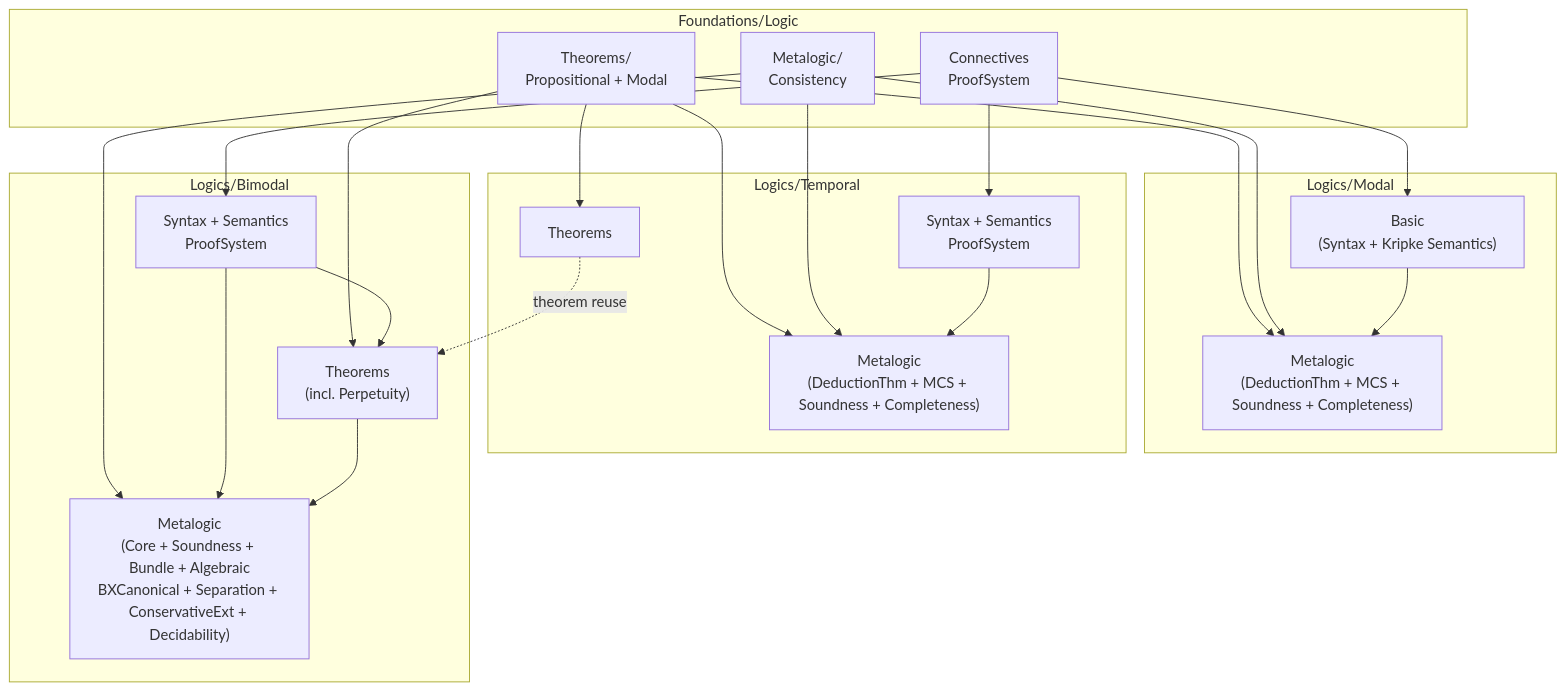
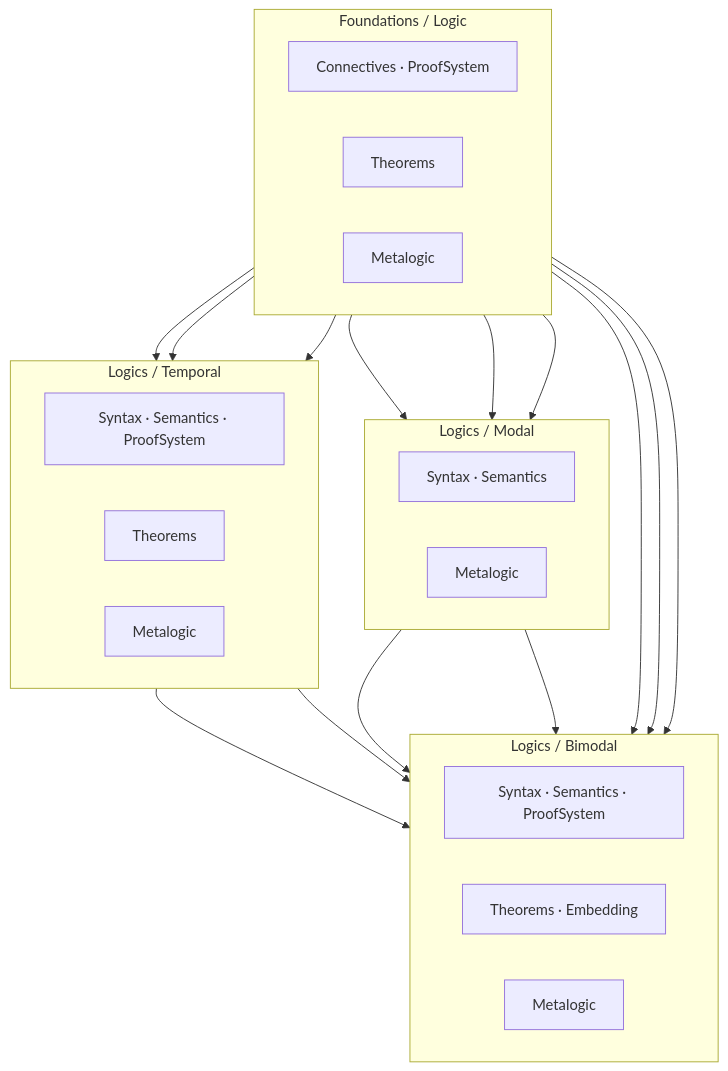
The diagram in specs/ROADMAP.md (benbrastmckie/cslib), drawn with Mermaid before and after one commit. The commit also changed other lines of this file and 1 other file, not shown here.

````diff
--- a/specs/ROADMAP.md
+++ b/specs/ROADMAP.md
@@ -21,42 +25,38 @@
 ```mermaid
-flowchart TD
-    subgraph F ["Foundations/Logic"]
-        FC["Connectives\nProofSystem"]
-        FT["Theorems/\nPropositional + Modal"]
-        FM["Metalogic/\nConsistency"]
+flowchart TB
+    subgraph F ["Foundations / Logic"]
+        direction LR
+        F1["Connectives · ProofSystem"]
+        F2["Theorems"]
+        F3["Metalogic"]
     end
 
-    subgraph M ["Logics/Modal"]
-        MB["Basic\n(Syntax + Kripke Semantics)"]
-        MM["Metalogic\n(DeductionThm + MCS + Soundness + Completeness)"]
+    subgraph M ["Logics / Modal"]
+        direction LR
+        M1["Syntax · Semantics"]
+        M2["Metalogic"]
     end
 
-    subgraph T ["Logics/Temporal"]
-        TS["Syntax + Semantics\nProofSystem"]
-        TT["Theorems"]
-        TM["Metalogic\n(DeductionThm + MCS + Soundness + Completeness)"]
+    subgraph T ["Logics / Temporal"]
+        direction LR
+        T1["Syntax · Semantics · ProofSystem"]
+        T2["Theorems"]
+        T3["Metalogic"]
     end
 
-    subgraph B ["Logics/Bimodal"]
-        BS["Syntax + Semantics\nProofSystem"]
-        BT["Theorems\n(incl. Perpetuity)"]
-        BM["Metalogic\n(Core + Soundness + Bundle + Algebraic\nBXCanonical + Separation + ConservativeExt + Decidability)"]
+    subgraph B ["Logics / Bimodal"]
+        direction LR
+        B1["Syntax · Semantics · ProofSystem"]
+        B2["Theorems · Embedding"]
+        B3["Metalogic"]
     end
 
-    FC --> MB
-    FC --> BS
-    FC --> TS
-    FT --> MM
-    FT --> TT
-    FT --> TM
-    FT --> BT
-    FM --> MM
-    FM --> TM
-    FM --> BM
-    MB --> MM
-    TS --> TM
-    TT -.->|theorem reuse| BT
-    BS --> BT
-    BS --> BM
-    BT --> BM
+    F1 --> M1 & T1 & B1
+    F2 --> M2 & T2 & B2
+    F3 --> M2 & T3 & B3
+
+    M1 --> B2
+    M2 --> B3
+    T2 --> B2
+    T3 --> B3
 ```
````
